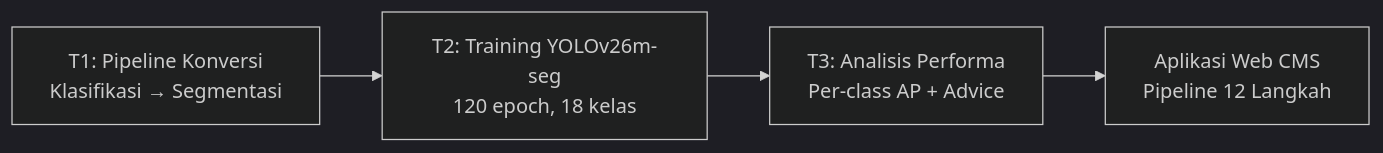
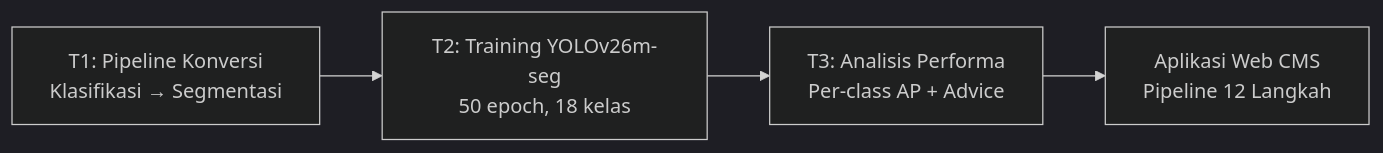
The fourth of 14 diagrams in proposalPaper/presentation.md (aryaw/SmartBin), drawn with Mermaid (dark theme) before and after one commit. The commit also changed other lines of this file and 2 other files, not shown here.

Commit message:
update training

````diff
--- a/proposalPaper/presentation.md
+++ b/proposalPaper/presentation.md
@@ -77,7 +114,7 @@
 ```mermaid
 flowchart LR
     T1[T1: Pipeline Konversi<br/>Klasifikasi → Segmentasi] --> T2
-    T2[T2: Training YOLOv26m-seg<br/>120 epoch, 18 kelas] --> T3
+    T2[T2: Training YOLOv26m-seg<br/>50 epoch, 18 kelas] --> T3
     T3[T3: Analisis Performa<br/>Per-class AP + Advice] --> T4
     T4[Aplikasi Web CMS<br/>Pipeline 12 Langkah]
 ```
````
